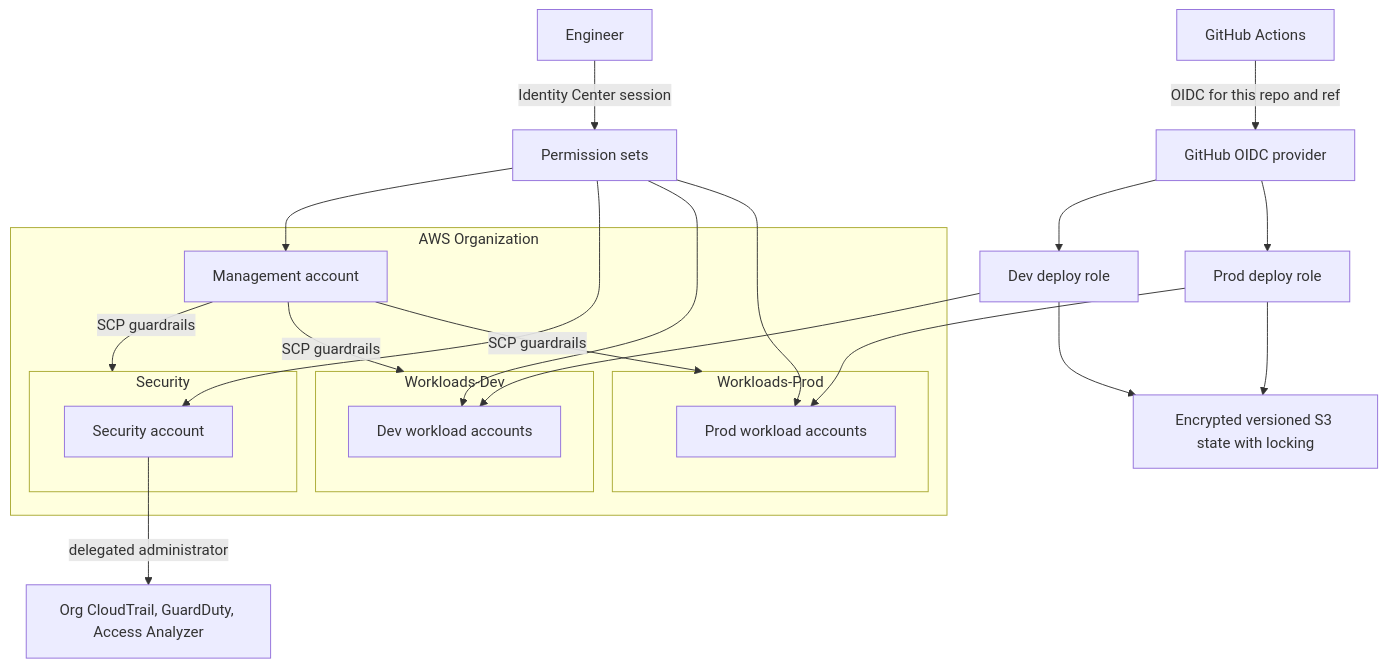
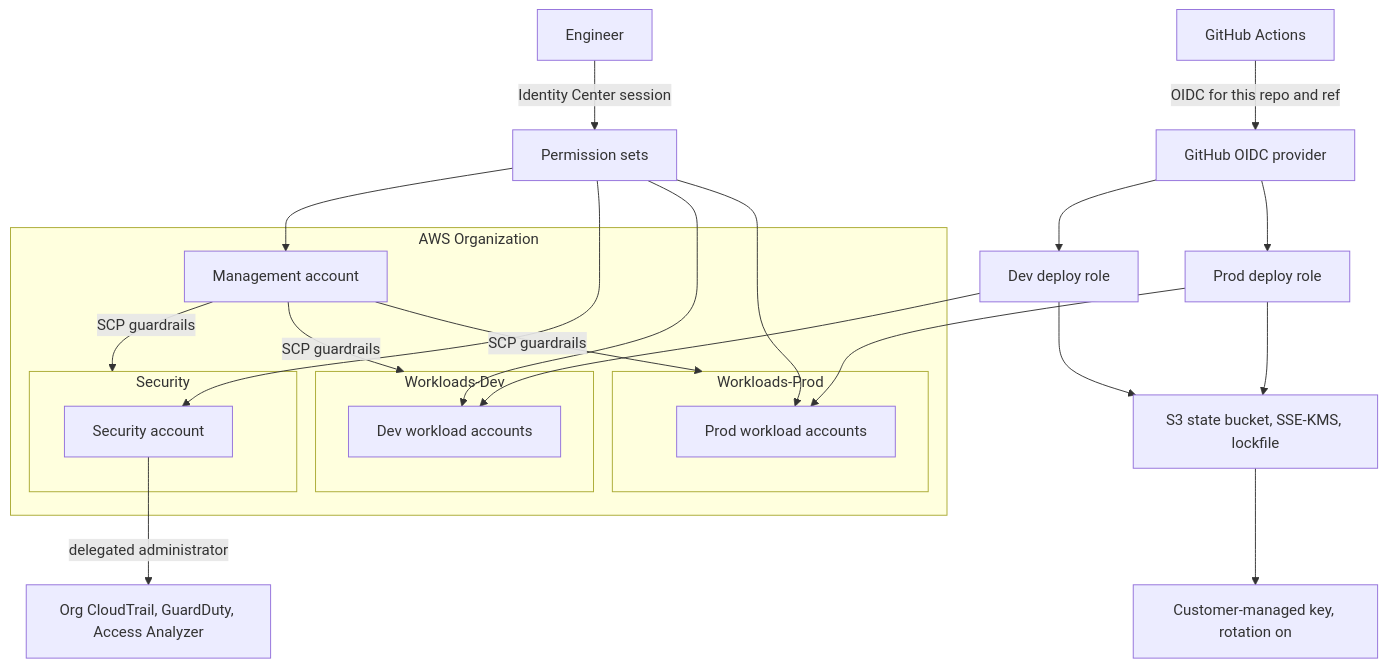
The diagram in README.md (Rekkie19/aws-iam-foundation), drawn with Mermaid before and after one commit. The commit also changed other lines of this file and 16 other files, not shown here.

First line of the commit message:
feat(bootstrap): S3 state backend with KMS and native locking (#2)

````diff
--- a/README.md
+++ b/README.md
@@ -13,43 +13,44 @@
 ```mermaid
 flowchart TB
   engineer[Engineer]
   actions[GitHub Actions]
 
   engineer -->|"Identity Center session"| idc[Permission sets]
   actions -->|"OIDC for this repo and ref"| oidc[GitHub OIDC provider]
 
   subgraph awsOrg [AWS Organization]
     mgmt[Management account]
 
     subgraph securityOu [Security]
       security[Security account]
     end
 
     subgraph devOu [Workloads-Dev]
       devAccounts[Dev workload accounts]
     end
 
     subgraph prodOu [Workloads-Prod]
       prodAccounts[Prod workload accounts]
     end
   end
 
   idc --> mgmt
   idc --> security
   idc --> devAccounts
   idc --> prodAccounts
 
   oidc --> devRole[Dev deploy role]
   oidc --> prodRole[Prod deploy role]
   devRole --> devAccounts
   prodRole --> prodAccounts
 
   mgmt -->|"SCP guardrails"| securityOu
   mgmt -->|"SCP guardrails"| devOu
   mgmt -->|"SCP guardrails"| prodOu
 
   security -->|"delegated administrator"| detection["Org CloudTrail, GuardDuty, Access Analyzer"]
 
-  devRole --> state["Encrypted versioned S3 state with locking"]
+  devRole --> state["S3 state bucket, SSE-KMS, lockfile"]
   prodRole --> state
+  state --> kms["Customer-managed key, rotation on"]
 ```
````
